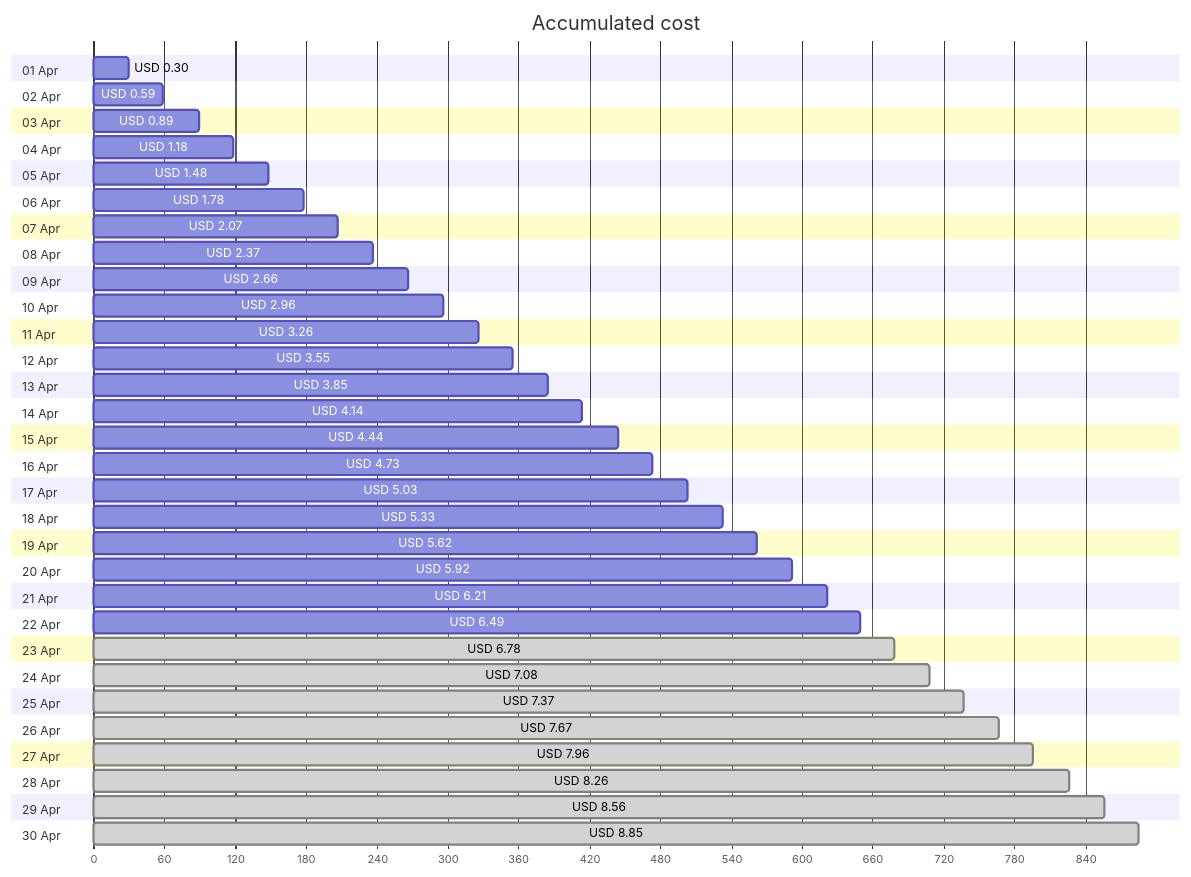
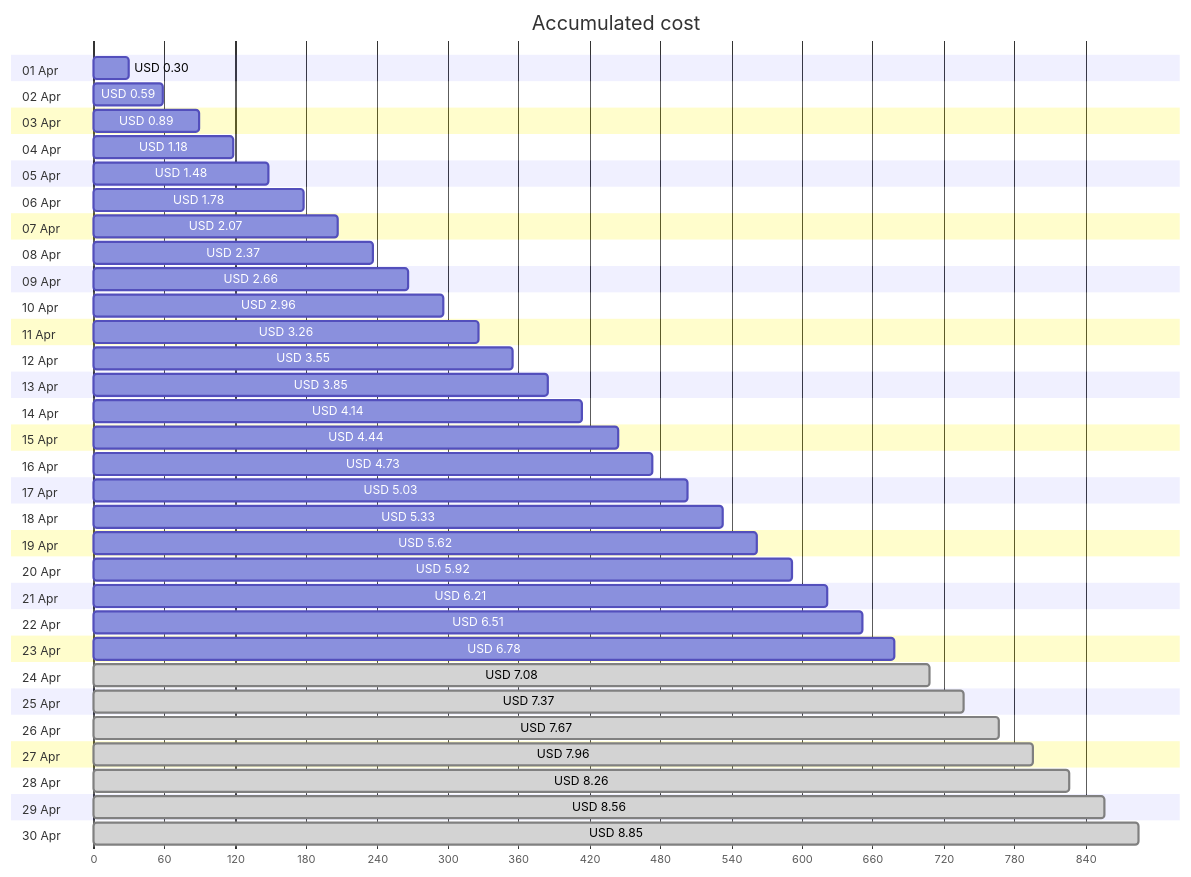
The first of 4 diagrams in cost-reports/personal-site/personal-site-preview.md (jpfulton/azure-personal-reports), drawn with Mermaid before and after one commit. The commit also changed other lines of this file and 6 other files, not shown here.

````diff
--- a/cost-reports/personal-site/personal-site-preview.md
+++ b/cost-reports/personal-site/personal-site-preview.md
@@ -20,66 +20,66 @@
 ```mermaid
 gantt
    title Accumulated cost
    dateFormat  X
    axisFormat %s
    section 01 Apr
    USD 0.30 :0, 30
    section 02 Apr
    USD 0.59 :0, 59
    section 03 Apr
    USD 0.89 :0, 89
    section 04 Apr
    USD 1.18 :0, 118
    section 05 Apr
    USD 1.48 :0, 148
    section 06 Apr
    USD 1.78 :0, 178
    section 07 Apr
    USD 2.07 :0, 207
    section 08 Apr
    USD 2.37 :0, 237
    section 09 Apr
    USD 2.66 :0, 266
    section 10 Apr
    USD 2.96 :0, 296
    section 11 Apr
    USD 3.26 :0, 326
    section 12 Apr
    USD 3.55 :0, 355
    section 13 Apr
    USD 3.85 :0, 385
    section 14 Apr
    USD 4.14 :0, 414
    section 15 Apr
    USD 4.44 :0, 444
    section 16 Apr
    USD 4.73 :0, 473
    section 17 Apr
    USD 5.03 :0, 503
    section 18 Apr
    USD 5.33 :0, 533
    section 19 Apr
    USD 5.62 :0, 562
    section 20 Apr
    USD 5.92 :0, 592
    section 21 Apr
    USD 6.21 :0, 621
    section 22 Apr
-   USD 6.49 :0, 649
+   USD 6.51 :0, 651
    section 23 Apr
-   USD 6.78 : done, 0, 678
+   USD 6.78 :0, 678
    section 24 Apr
    USD 7.08 : done, 0, 708
    section 25 Apr
    USD 7.37 : done, 0, 737
    section 26 Apr
    USD 7.67 : done, 0, 767
    section 27 Apr
    USD 7.96 : done, 0, 796
    section 28 Apr
    USD 8.26 : done, 0, 826
    section 29 Apr
    USD 8.56 : done, 0, 856
    section 30 Apr
    USD 8.85 : done, 0, 885
 ```
````
